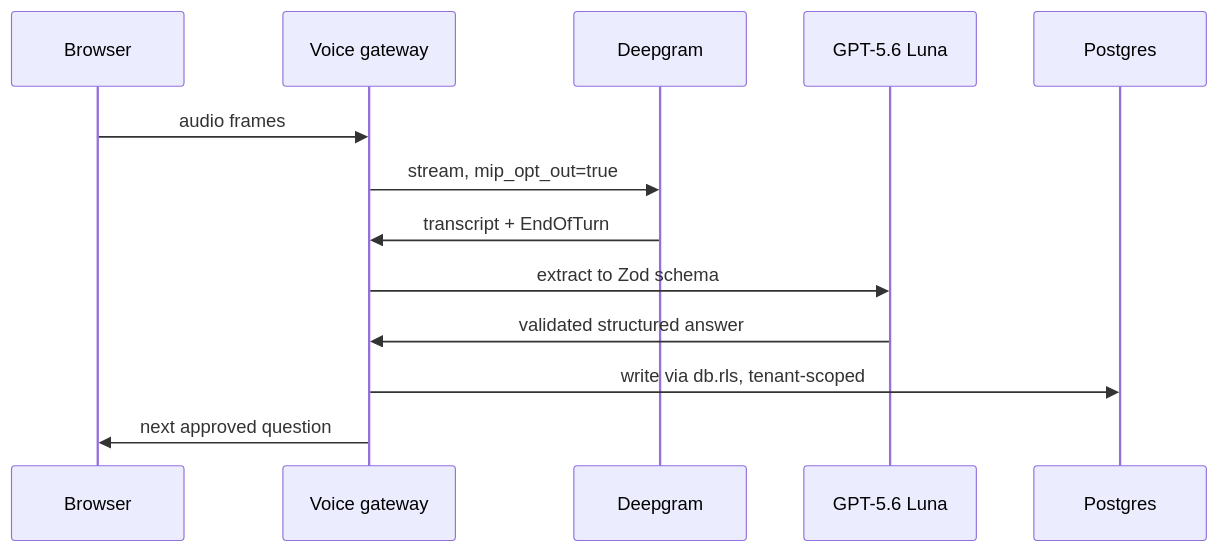
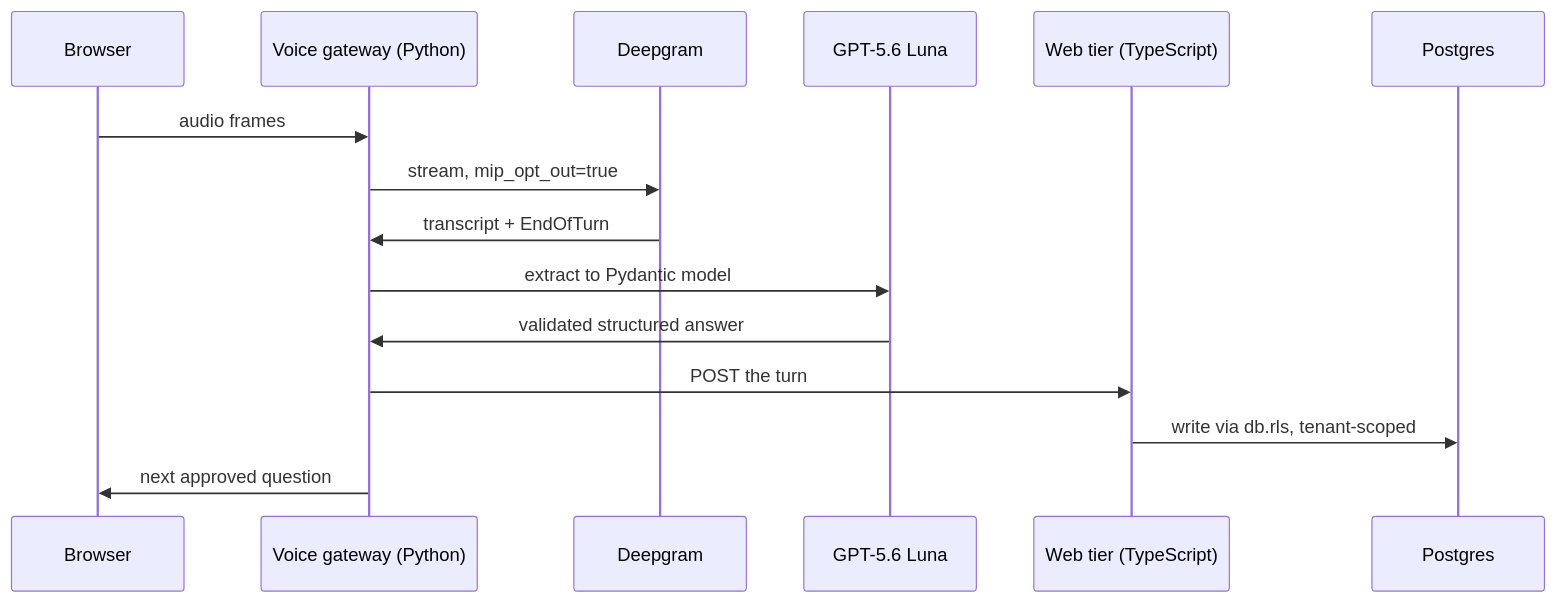
The second of 3 diagrams in docs/architecture/11-diagrams.md (obro79/Rehabify), drawn with Mermaid before and after one commit. The commit also changed other lines of this file and 6 other files, not shown here.

First line of the commit message:
docs: ADR-016 — Python AI service; TypeScript keeps all database access

````diff
--- a/docs/architecture/11-diagrams.md
+++ b/docs/architecture/11-diagrams.md
@@ -61,16 +69,18 @@
 ```mermaid
 sequenceDiagram
     participant B as Browser
-    participant G as Voice gateway
+    participant G as Voice gateway (Python)
     participant D as Deepgram
     participant L as GPT-5.6 Luna
+    participant W as Web tier (TypeScript)
     participant P as Postgres
 
     B->>G: audio frames
     G->>D: stream, mip_opt_out=true
     D->>G: transcript + EndOfTurn
-    G->>L: extract to Zod schema
+    G->>L: extract to Pydantic model
     L->>G: validated structured answer
-    G->>P: write via db.rls, tenant-scoped
+    G->>W: POST the turn
+    W->>P: write via db.rls, tenant-scoped
     G->>B: next approved question
 ```
````
